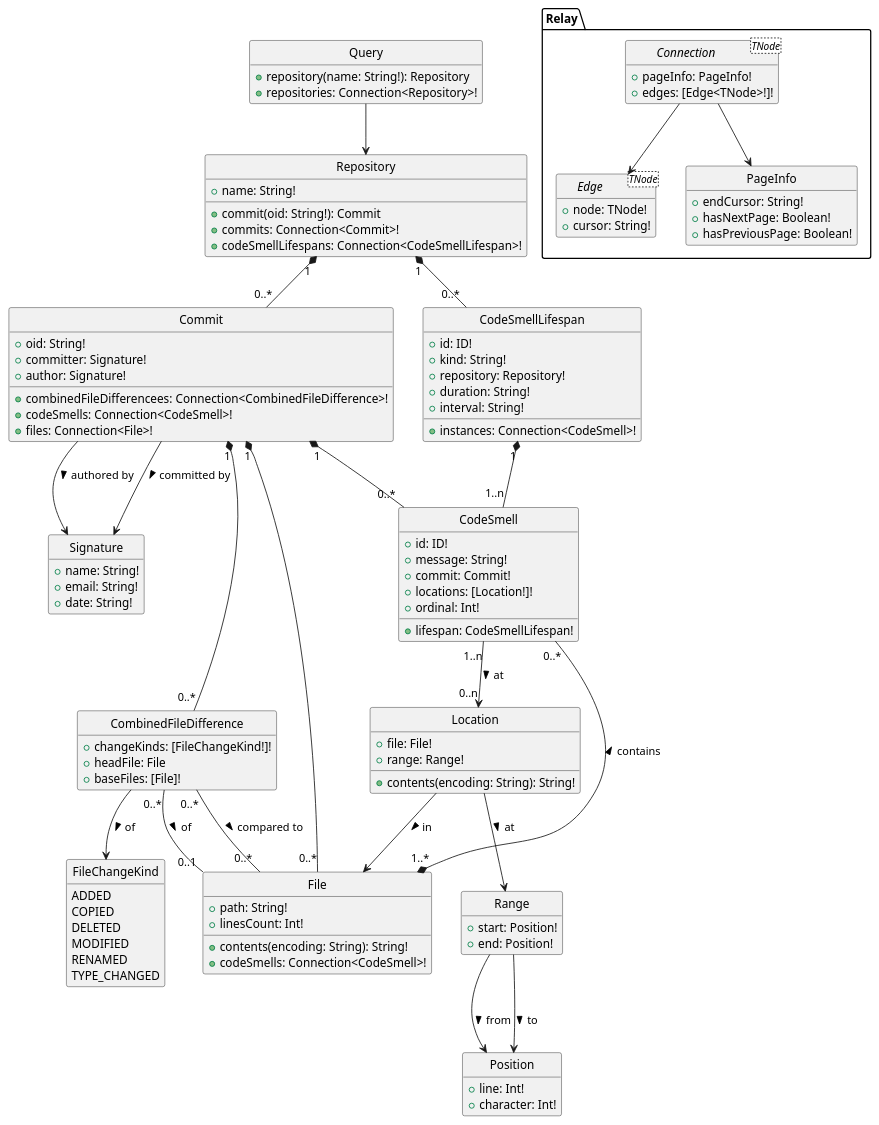
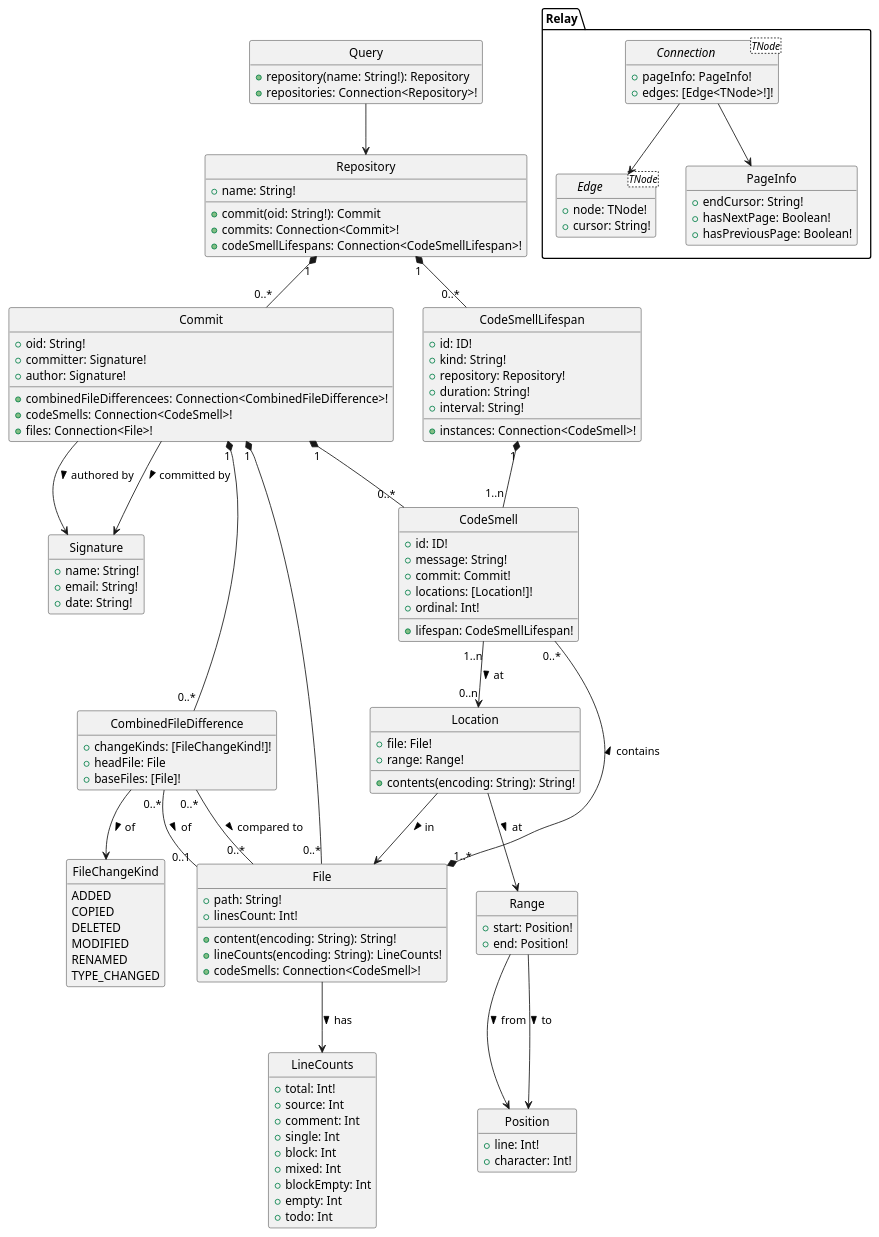
One commit to felixfbecker/olfaction changed the diagram in schema/graphql.plantuml. Above: the diagram before and after it, drawn with PlantUML. The commit also changed 1 other file, not shown here.

Commit message:
Add lineCounts to UML diagram

```diff
--- a/schema/graphql.plantuml
+++ b/schema/graphql.plantuml
@@ -1,121 +1,135 @@
 @startuml graphql
 hide circle
 hide empty members
 
 class Query {
   {method} +repository(name: String!): Repository
   {method} +repositories: Connection<Repository>!
 }
 Query --> Repository
 
 class Repository {
   +name: String!
   {method} +commit(oid: String!): Commit
   {method} +commits: Connection<Commit>!
   {method} +codeSmellLifespans: Connection<CodeSmellLifespan>!
 }
 Repository "1" *-- "0..*" Commit
 Repository "1" *-- "0..*" CodeSmellLifespan
 
 class Commit {
   +oid: String!
   +committer: Signature!
   +author: Signature!
   {method} +combinedFileDifferencees: Connection<CombinedFileDifference>!
   {method} +codeSmells: Connection<CodeSmell>!
   {method} +files: Connection<File>!
 }
 Commit --> Signature : committed by >
 Commit --> Signature : authored by >
 Commit "1" *-- "0..*" CodeSmell
 Commit "1" *-- "0..*" File
 Commit "1" *-- "0..*" CombinedFileDifference
 
 class CombinedFileDifference {
   +changeKinds: [FileChangeKind!]!
   +headFile: File
   +baseFiles: [File]!
 }
 CombinedFileDifference "0..*" -- "0..1" File : of >
 CombinedFileDifference "0..*" -- "0..*" File : compared to >
 CombinedFileDifference --> FileChangeKind : of >
 
 enum FileChangeKind {
   ADDED
   COPIED
   DELETED
   MODIFIED
   RENAMED
   TYPE_CHANGED
 }
 
 class Signature {
   +name: String!
   +email: String!
   +date: String!
 }
 
 class CodeSmell {
   +id: ID!
   +message: String!
   +commit: Commit!
   +locations: [Location!]!
   +ordinal: Int!
   {method} +lifespan: CodeSmellLifespan!
 }
 CodeSmell "1..n" --> "0..n" Location : at >
 
 class Location {
   +file: File!
   +range: Range!
   +contents(encoding: String): String!
 }
 Location --> File : in >
 Location --> Range : at >
 class Range {
   +start: Position!
   +end: Position!
 }
 Range --> Position : from >
 Range --> Position : to >
 class Position {
   +line: Int!
   +character: Int!
 }
 
 class CodeSmellLifespan {
   +id: ID!
   +kind: String!
   +repository: Repository!
   +duration: String!
   +interval: String!
   {method} +instances: Connection<CodeSmell>!
 }
 CodeSmellLifespan "1" *-- "1..n" CodeSmell
 
+class LineCounts {
+  +total: Int!
+  +source: Int
+  +comment: Int
+  +single: Int
+  +block: Int
+  +mixed: Int
+  +blockEmpty: Int
+  +empty: Int
+  +todo: Int
+}
+
 class File {
   +path: String!
   +linesCount: Int!
-  +contents(encoding: String): String!
+  +content(encoding: String): String!
+  +lineCounts(encoding: String): LineCounts!
   {method} +codeSmells: Connection<CodeSmell>!
 }
 File "1..*" *-- "0..*" CodeSmell : contains >
+File --> LineCounts : has >
 
 namespace Relay {
   interface Connection<TNode> {
     +pageInfo: PageInfo!
     +edges: [Edge<TNode>!]!
   }
   Connection --> Edge
   Connection --> PageInfo
   class PageInfo {
     +endCursor: String!
     +hasNextPage: Boolean!
     +hasPreviousPage: Boolean!
   }
   interface Edge<TNode> {
     +node: TNode!
     +cursor: String!
   }
 }
 @enduml
```
